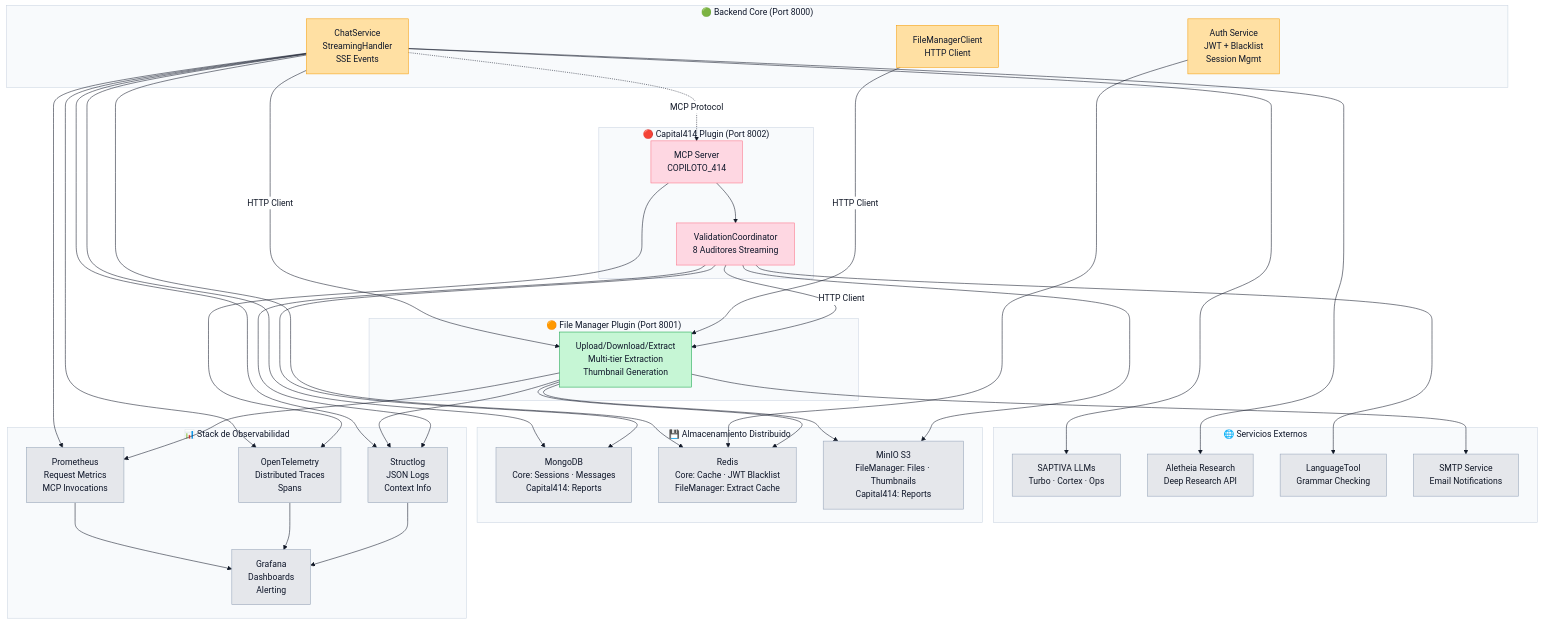
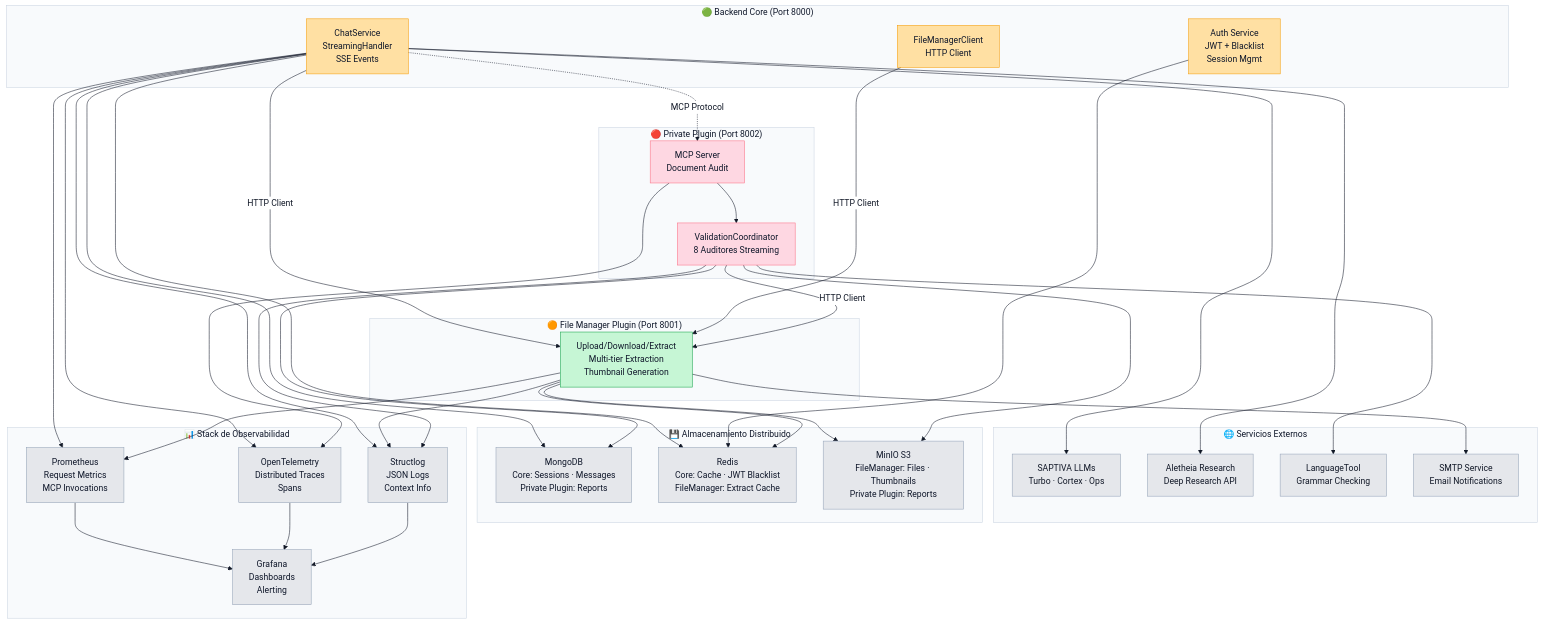
Before and after one commit to saptiva-ai/octavios-chat: the fourth of 11 diagrams in README.md, drawn with Mermaid. The commit also changed other lines of this file, not shown here.

Commit message:
docs: replace capital414/COPILOTO_414 references with generic plugin-private naming

````diff
--- a/README.md
+++ b/README.md
@@ -545,79 +545,79 @@
 ```mermaid
 %%{init: {'theme': 'base', 'themeVariables': {'primaryColor': '#0f172a','primaryBorderColor': '#38bdf8','primaryTextColor': '#111827','lineColor': '#111827','textColor': '#111827','secondaryColor': '#ffffff','secondaryBorderColor': '#cbd5e1','secondaryTextColor': '#0f172a','tertiaryColor': '#f8fafc','tertiaryBorderColor': '#cbd5e1','tertiaryTextColor': '#0f172a'}}}%%
 flowchart TB
     subgraph Core["🟢 Backend Core (Port 8000)"]
         chat_core["ChatService<br/>StreamingHandler<br/>SSE Events"]:::core
         auth_core["Auth Service<br/>JWT + Blacklist<br/>Session Mgmt"]:::core
         fm_client_core["FileManagerClient<br/>HTTP Client"]:::core
     end
 
     subgraph FileManager["🟠 File Manager Plugin (Port 8001)"]
         fm_service["Upload/Download/Extract<br/>Multi-tier Extraction<br/>Thumbnail Generation"]:::plugin_public
     end
 
-    subgraph Capital414["🔴 Capital414 Plugin (Port 8002)"]
-        audit_service["MCP Server<br/>COPILOTO_414"]:::plugin_private
+    subgraph Private Plugin["🔴 Private Plugin (Port 8002)"]
+        audit_service["MCP Server<br/>Document Audit"]:::plugin_private
         validation_coord["ValidationCoordinator<br/>8 Auditores Streaming"]:::plugin_private
     end
 
     subgraph External["🌐 Servicios Externos"]
         saptiva["SAPTIVA LLMs<br/>Turbo · Cortex · Ops"]:::external
         aletheia["Aletheia Research<br/>Deep Research API"]:::external
         languagetool["LanguageTool<br/>Grammar Checking"]:::external
         smtp["SMTP Service<br/>Email Notifications"]:::external
     end
 
     subgraph Storage["💾 Almacenamiento Distribuido"]
-        mongo["MongoDB<br/>Core: Sessions · Messages<br/>Capital414: Reports"]:::infra
+        mongo["MongoDB<br/>Core: Sessions · Messages<br/>Private Plugin: Reports"]:::infra
         redis["Redis<br/>Core: Cache · JWT Blacklist<br/>FileManager: Extract Cache"]:::infra
-        minio["MinIO S3<br/>FileManager: Files · Thumbnails<br/>Capital414: Reports"]:::infra
+        minio["MinIO S3<br/>FileManager: Files · Thumbnails<br/>Private Plugin: Reports"]:::infra
     end
 
     subgraph Observability["📊 Stack de Observabilidad"]
         prom["Prometheus<br/>Request Metrics<br/>MCP Invocations"]:::infra
         otel["OpenTelemetry<br/>Distributed Traces<br/>Spans"]:::infra
         logs["Structlog<br/>JSON Logs<br/>Context Info"]:::infra
         grafana["Grafana<br/>Dashboards<br/>Alerting"]:::infra
     end
 
     %% Plugin-First Communication
     chat_core -->|"HTTP Client"| fm_service
     fm_client_core -->|"HTTP Client"| fm_service
     chat_core -.->|"MCP Protocol"| audit_service
     audit_service --> validation_coord
     validation_coord -->|"HTTP Client"| fm_service
 
     %% External Service Connections
     chat_core --> saptiva
     chat_core --> aletheia
     validation_coord --> languagetool
     fm_service --> smtp
 
     %% Storage Connections (Distributed)
     chat_core --> mongo
     chat_core --> redis
     auth_core --> redis
     fm_service --> minio
     fm_service --> redis
     validation_coord --> mongo
     validation_coord --> minio
 
     %% Observability (Centralized)
     chat_core --> prom
     chat_core --> otel
     chat_core --> logs
     fm_service --> prom
     fm_service --> logs
     audit_service --> otel
     validation_coord --> logs
 
     prom --> grafana
     otel --> grafana
     logs --> grafana
 
     classDef core fill:#ffe0a3,stroke:#f59e0b,color:#0f172a;
     classDef plugin_public fill:#c6f6d5,stroke:#16a34a,color:#0f172a;
     classDef plugin_private fill:#fed7e2,stroke:#fb7185,color:#0f172a;
     classDef external fill:#e5e7eb,stroke:#94a3b8,color:#111827;
     classDef infra fill:#e5e7eb,stroke:#94a3b8,color:#0f172a;
 ```
````
